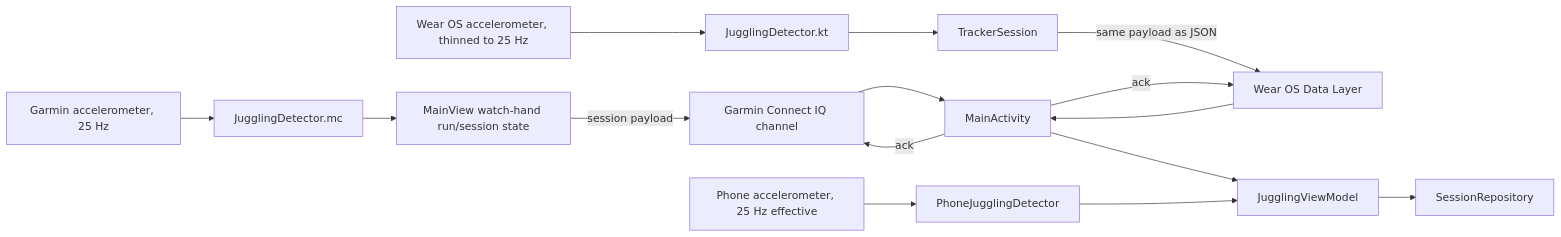
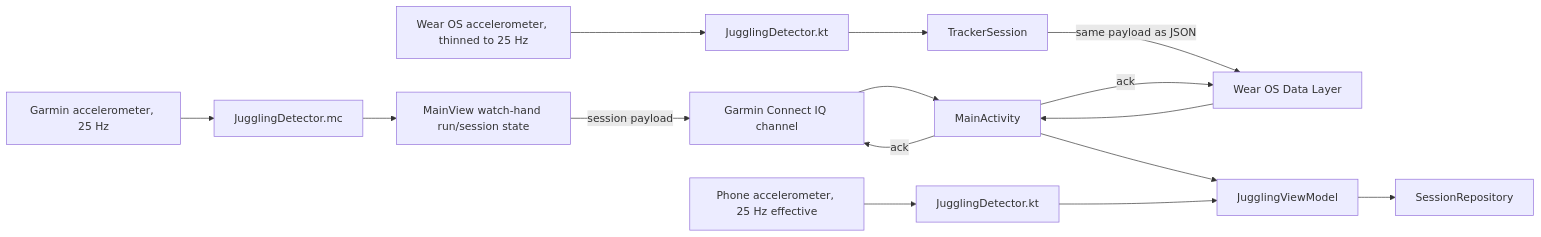
Before and after one commit to jumlauft/JugglingTracker: the diagram in README.md, drawn with Mermaid. The commit also changed other lines of this file and 47 other files, not shown here.

First line of the commit message:
Share the detector, Regularity and protocol code between phone and Wear OS

````diff
--- a/README.md
+++ b/README.md
@@ -34,17 +33,17 @@
 ```mermaid
 flowchart LR
     A[Garmin accelerometer, 25 Hz] --> B[JugglingDetector.mc]
     B --> C[MainView watch-hand run/session state]
     C -->|session payload| D[Garmin Connect IQ channel]
     D --> E[MainActivity]
     W[Wear OS accelerometer, thinned to 25 Hz] --> X[JugglingDetector.kt]
     X --> Y[TrackerSession]
     Y -->|same payload as JSON| Z[Wear OS Data Layer]
     Z --> E
     E --> F[JugglingViewModel]
-    P[Phone accelerometer, 25 Hz effective] --> Q[PhoneJugglingDetector]
+    P[Phone accelerometer, 25 Hz effective] --> Q[JugglingDetector.kt]
     Q --> F
     F --> G[SessionRepository]
     E -->|ack| D
     E -->|ack| Z
 ```
````
